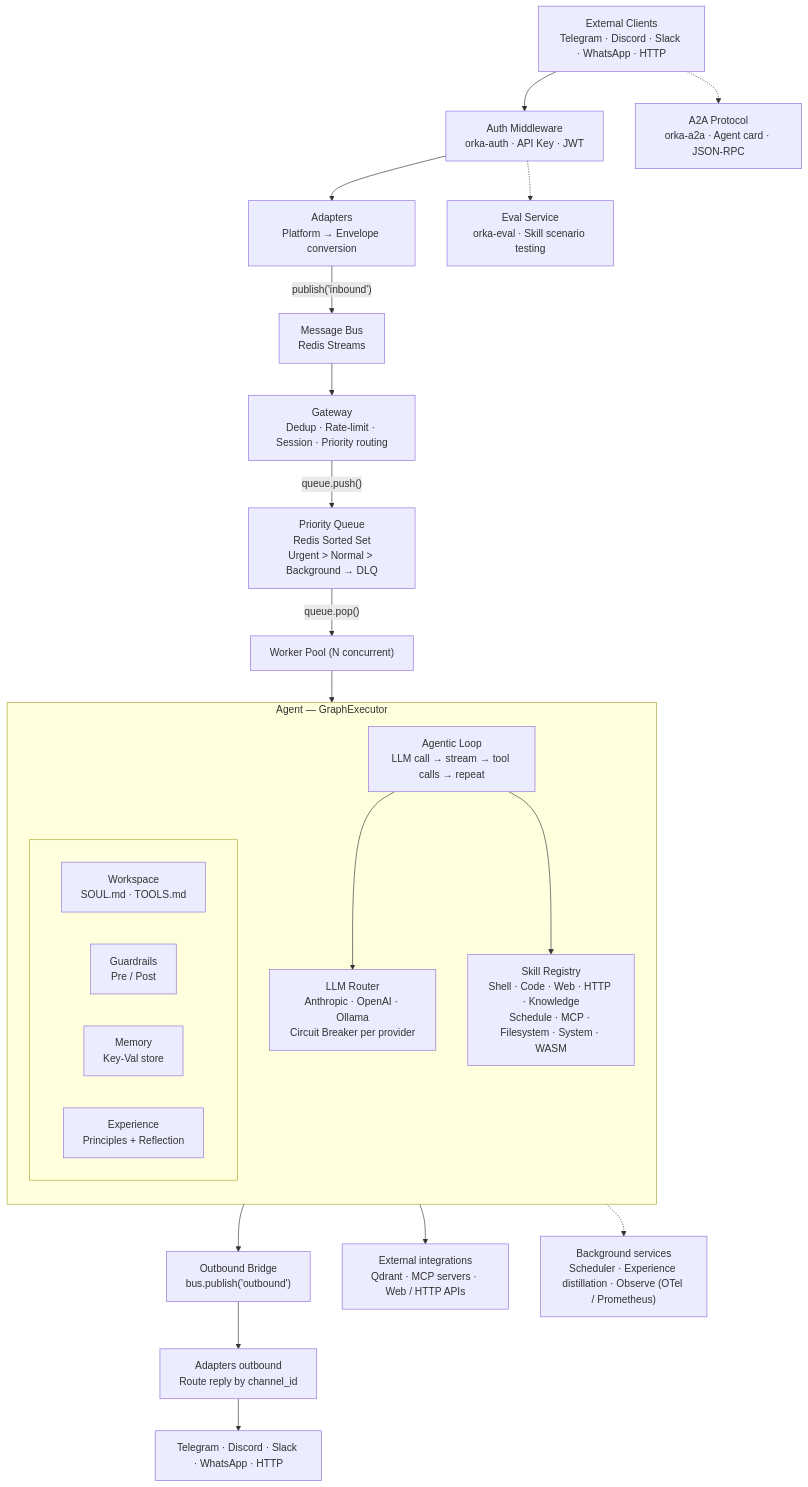
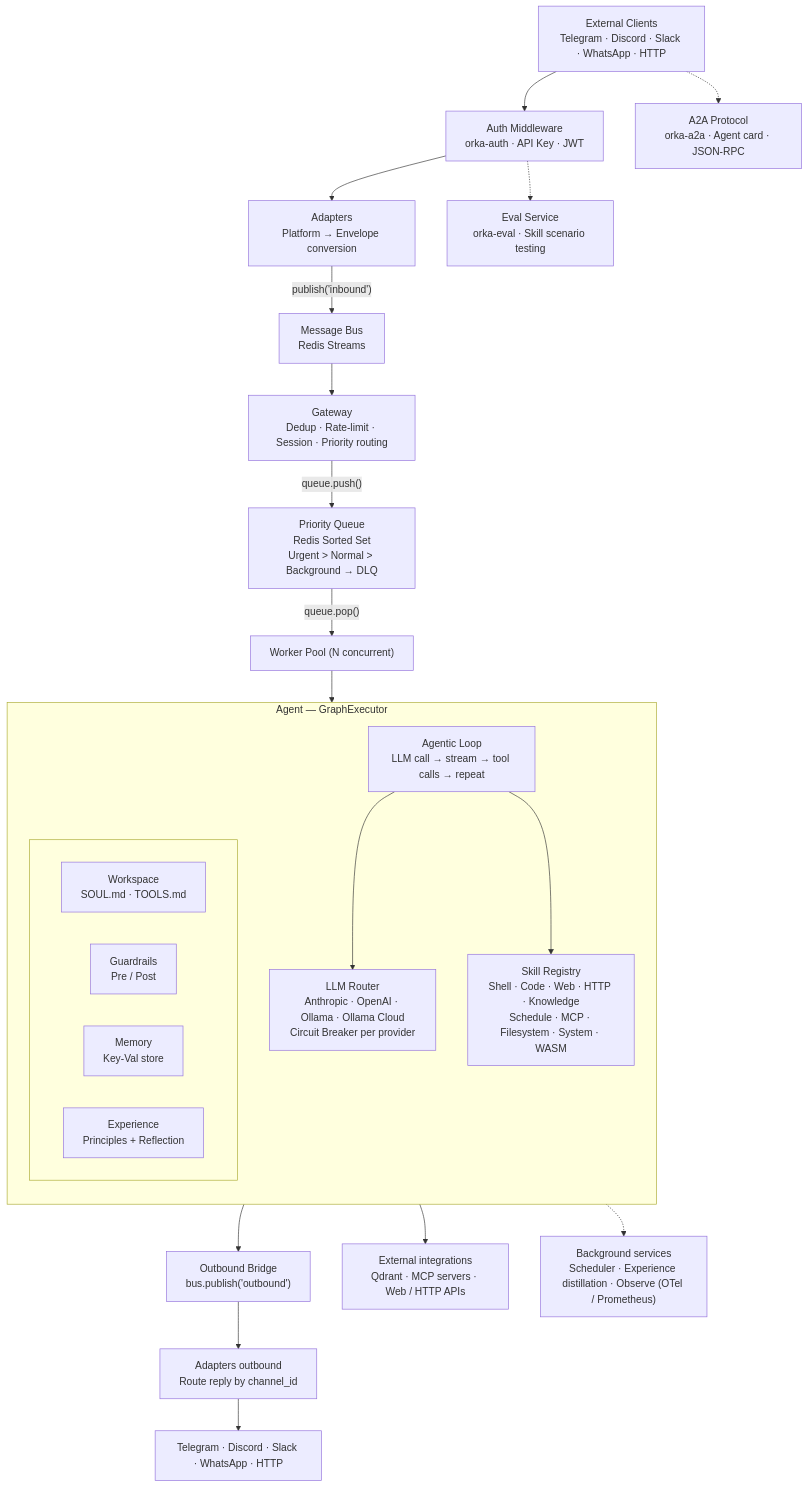
One commit to gianlucamazza/orka changed the diagram in README.md. Above: the diagram before and after it, drawn with Mermaid. The commit also changed other lines of this file and 13 other files, not shown here.

First line of the commit message:
feat(llm): add ollama-cloud provider

````diff
--- a/README.md
+++ b/README.md
@@ -43,49 +43,49 @@
 ```mermaid
 flowchart TD
     Clients["External Clients<br/>Telegram · Discord · Slack · WhatsApp · HTTP"]
     Auth["Auth Middleware<br/>orka-auth · API Key · JWT"]
     Adapters["Adapters<br/>Platform → Envelope conversion"]
     Bus["Message Bus<br/>Redis Streams"]
     GW["Gateway<br/>Dedup · Rate-limit · Session · Priority routing"]
     PQ["Priority Queue<br/>Redis Sorted Set<br/>Urgent > Normal > Background → DLQ"]
     Workers["Worker Pool (N concurrent)"]
     A2A["A2A Protocol<br/>orka-a2a · Agent card · JSON-RPC"]
     Eval["Eval Service<br/>orka-eval · Skill scenario testing"]
 
     subgraph Agent["Agent — GraphExecutor"]
         direction TB
         subgraph Context["  "]
             direction LR
             WS["Workspace<br/>SOUL.md · TOOLS.md"]
             GR["Guardrails<br/>Pre / Post"]
             Mem["Memory<br/>Key-Val store"]
             Exp["Experience<br/>Principles + Reflection"]
         end
         Loop["Agentic Loop<br/>LLM call → stream → tool calls → repeat"]
-        LLM["LLM Router<br/>Anthropic · OpenAI · Ollama<br/>Circuit Breaker per provider"]
+        LLM["LLM Router<br/>Anthropic · OpenAI · Ollama · Ollama Cloud<br/>Circuit Breaker per provider"]
         Skills["Skill Registry<br/>Shell · Code · Web · HTTP · Knowledge<br/>Schedule · MCP · Filesystem · System · WASM"]
         Loop --> LLM
         Loop --> Skills
     end
 
     Outbound["Outbound Bridge<br/>bus.publish('outbound')"]
     AdaptersOut["Adapters outbound<br/>Route reply by channel_id"]
     Platforms["Telegram · Discord · Slack · WhatsApp · HTTP"]
     Ext["External integrations<br/>Qdrant · MCP servers · Web / HTTP APIs"]
     BG["Background services<br/>Scheduler · Experience distillation · Observe (OTel / Prometheus)"]
 
     Clients --> Auth
     Auth --> Adapters
     Clients -.-> A2A
     Auth -.-> Eval
     Adapters -->|"publish('inbound')"| Bus
     Bus --> GW
     GW -->|"queue.push()"| PQ
     PQ -->|"queue.pop()"| Workers
     Workers --> Agent
     Skills --> Ext
     Agent --> Outbound
     Outbound --> AdaptersOut
     AdaptersOut --> Platforms
     Agent -.-> BG
 ```
````
